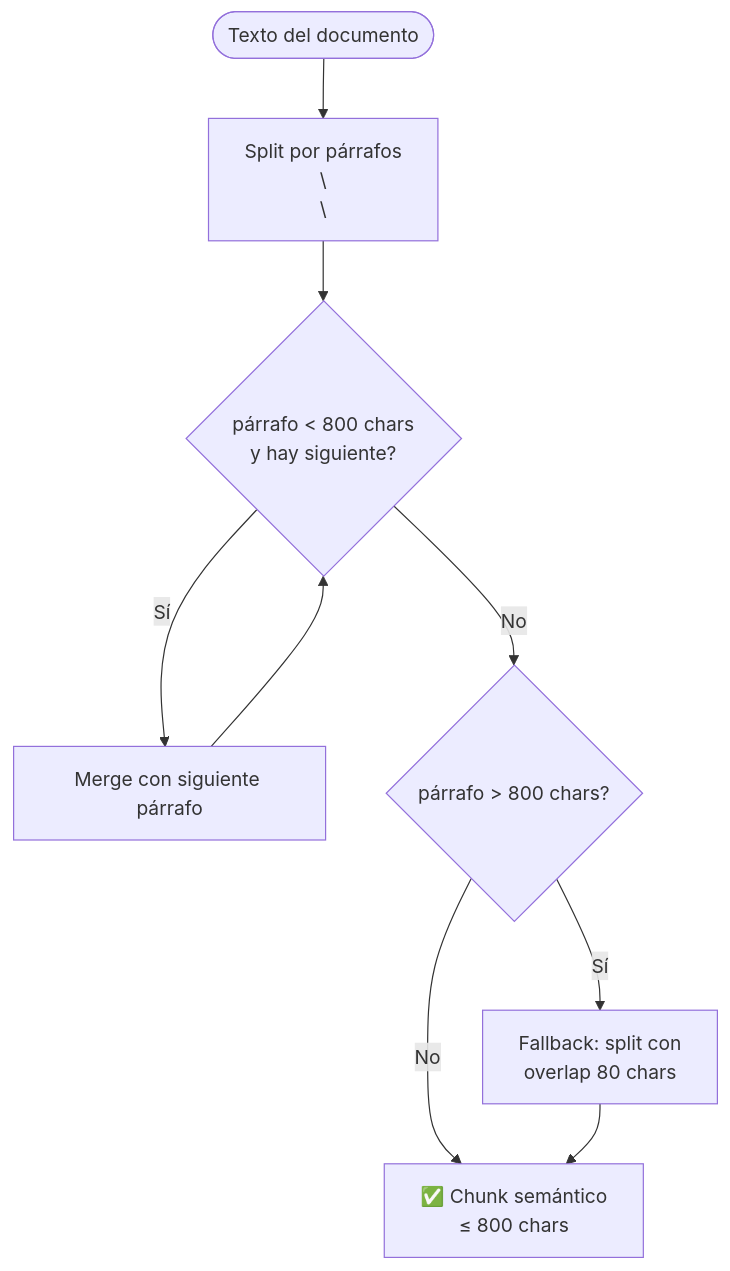
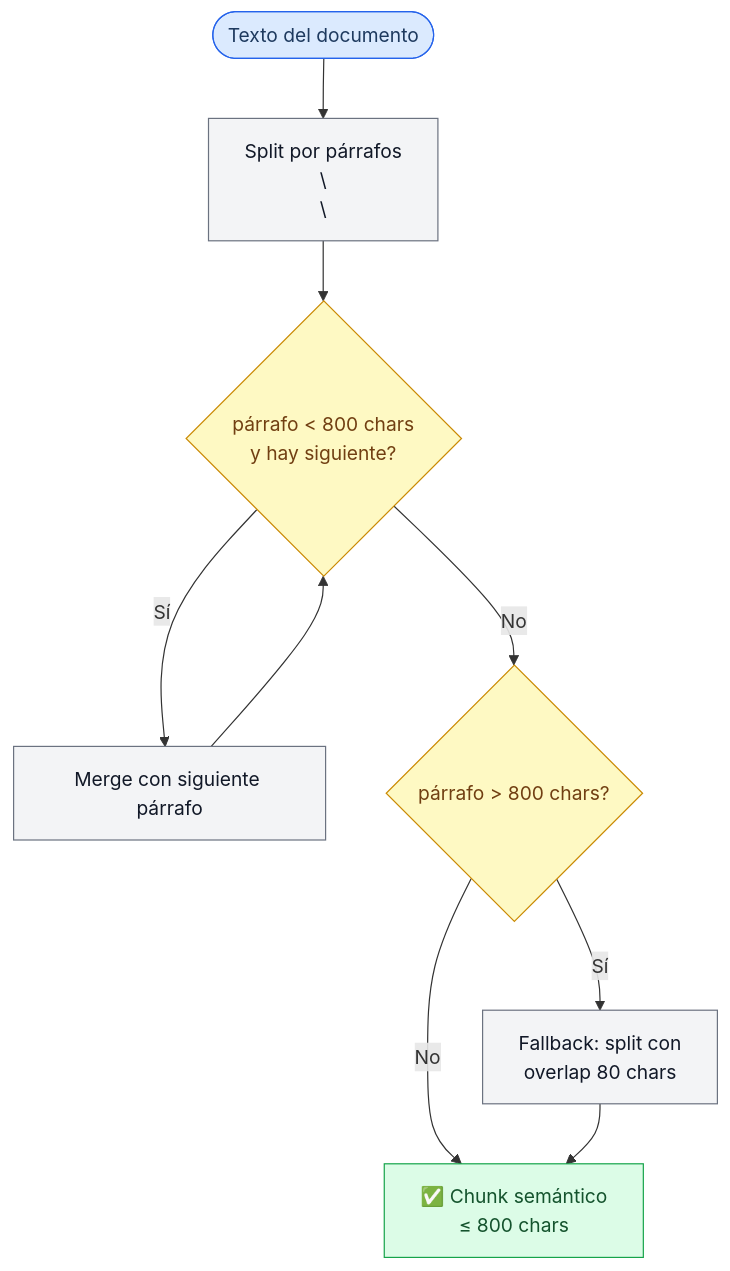
The diagram in website/docs/rag/chunking.md (LosPapois/LosPapois_TaskTuner), drawn with Mermaid before and after one commit. The commit also changed 6 other files, not shown here.

First line of the commit message:
feat(docs): add colors to all Mermaid diagrams

````diff
--- a/website/docs/rag/chunking.md
+++ b/website/docs/rag/chunking.md
@@ -19,11 +19,21 @@
 ```mermaid
 flowchart TD
     Text([Texto del documento]) --> Split["Split por párrafos\n\\n\\n"]
-    Split --> Merge{"párrafo < 800 chars\ny hay siguiente?"}
+    Split --> Merge{"párrafo &lt; 800 chars\ny hay siguiente?"}
     Merge -->|Sí| MergeOp["Merge con siguiente párrafo"]
     MergeOp --> Merge
-    Merge -->|No| CheckSize{"párrafo > 800 chars?"}
+    Merge -->|No| CheckSize{"párrafo &gt; 800 chars?"}
     CheckSize -->|Sí| Overlap["Fallback: split con\noverlap 80 chars"]
     CheckSize -->|No| Chunk["✅ Chunk semántico\n≤ 800 chars"]
     Overlap --> Chunk
+
+    classDef trigger fill:#DBEAFE,stroke:#2563EB,color:#1E3A5F
+    classDef process fill:#F3F4F6,stroke:#6B7280,color:#111827
+    classDef decision fill:#FEF9C3,stroke:#CA8A04,color:#713F12
+    classDef done fill:#DCFCE7,stroke:#16A34A,color:#14532D
+
+    class Text trigger
+    class Split,MergeOp,Overlap process
+    class Merge,CheckSize decision
+    class Chunk done
 ```
````
